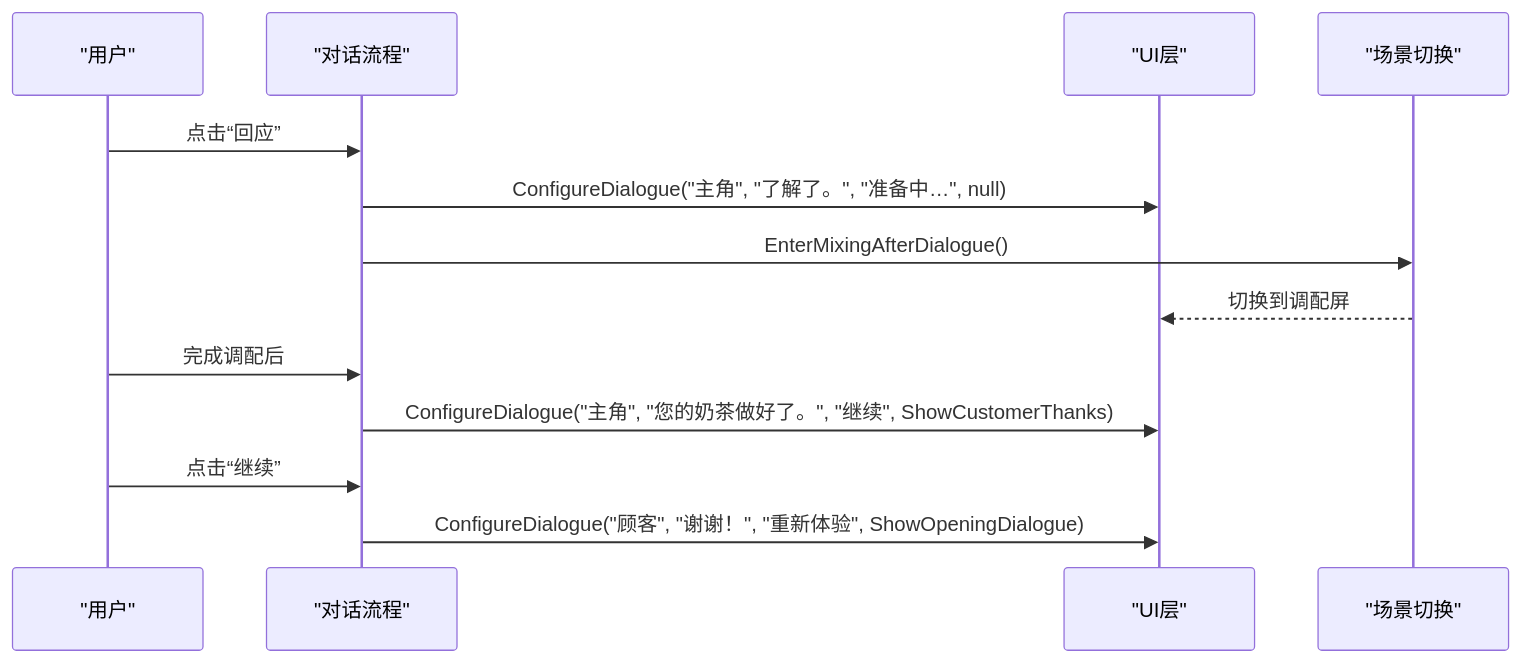
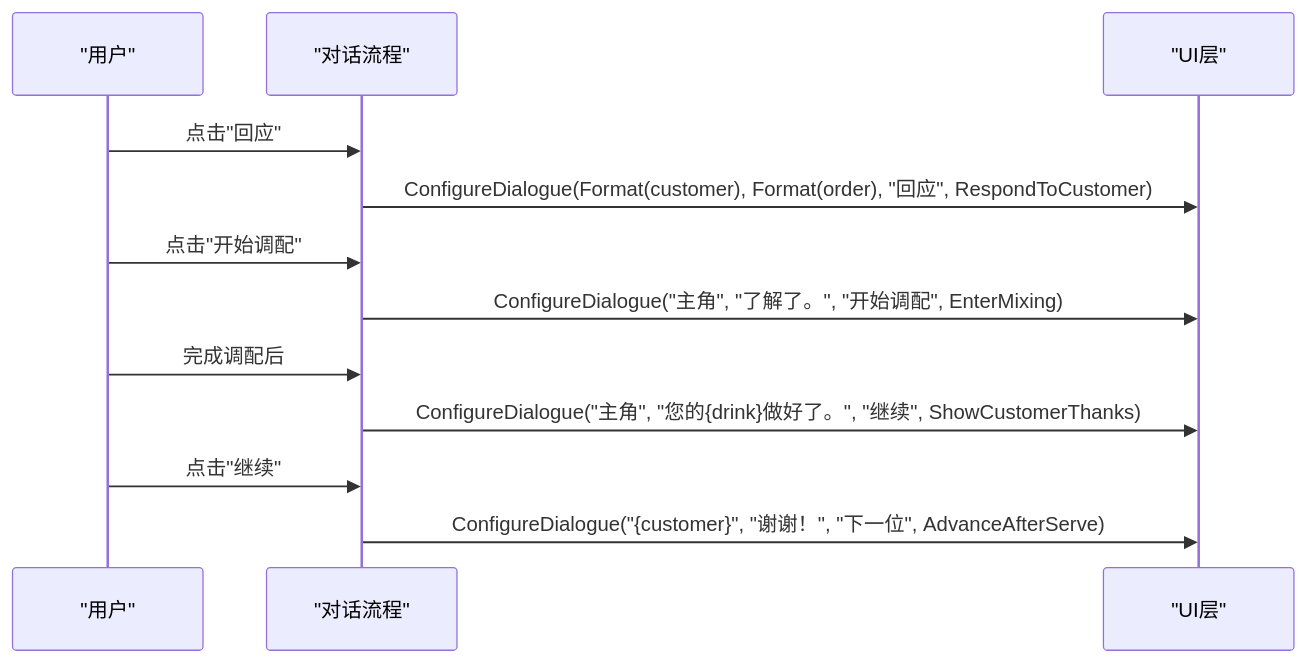
Before and after one commit to Thanatos42/-demo: the sixth of 7 diagrams in .qoder/repowiki/zh/content/对话系统设计.md, drawn with Mermaid. The commit also changed other lines of this file and 16 other files, not shown here.

````diff
--- a/.qoder/repowiki/zh/content/对话系统设计.md
+++ b/.qoder/repowiki/zh/content/对话系统设计.md
@@ -129,15 +196,14 @@
 ```mermaid
 sequenceDiagram
 participant User as "用户"
 participant Dialog as "对话流程"
 participant UI as "UI层"
-participant Scene as "场景切换"
-User->>Dialog : 点击“回应”
-Dialog->>UI : ConfigureDialogue("主角", "了解了。", "准备中…", null)
-Dialog->>Scene : EnterMixingAfterDialogue()
-Scene-->>UI : 切换到调配屏
+User->>Dialog : 点击"回应"
+Dialog->>UI : ConfigureDialogue(Format(customer), Format(order), "回应", RespondToCustomer)
+User->>Dialog : 点击"开始调配"
+Dialog->>UI : ConfigureDialogue("主角", "了解了。", "开始调配", EnterMixing)
 User->>Dialog : 完成调配后
-Dialog->>UI : ConfigureDialogue("主角", "您的奶茶做好了。", "继续", ShowCustomerThanks)
-User->>Dialog : 点击“继续”
-Dialog->>UI : ConfigureDialogue("顾客", "谢谢！", "重新体验", ShowOpeningDialogue)
+Dialog->>UI : ConfigureDialogue("主角", "您的{drink}做好了。", "继续", ShowCustomerThanks)
+User->>Dialog : 点击"继续"
+Dialog->>UI : ConfigureDialogue("{customer}", "谢谢！", "下一位", AdvanceAfterServe)
 ```
````
